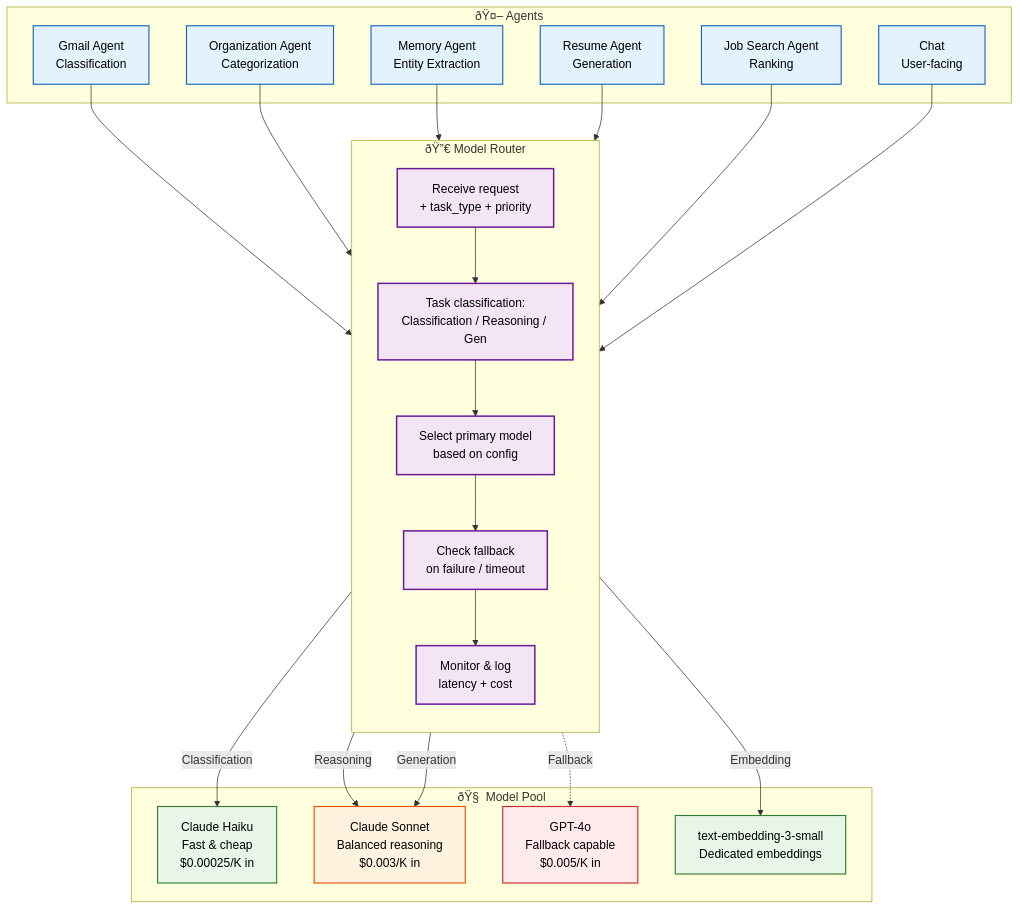
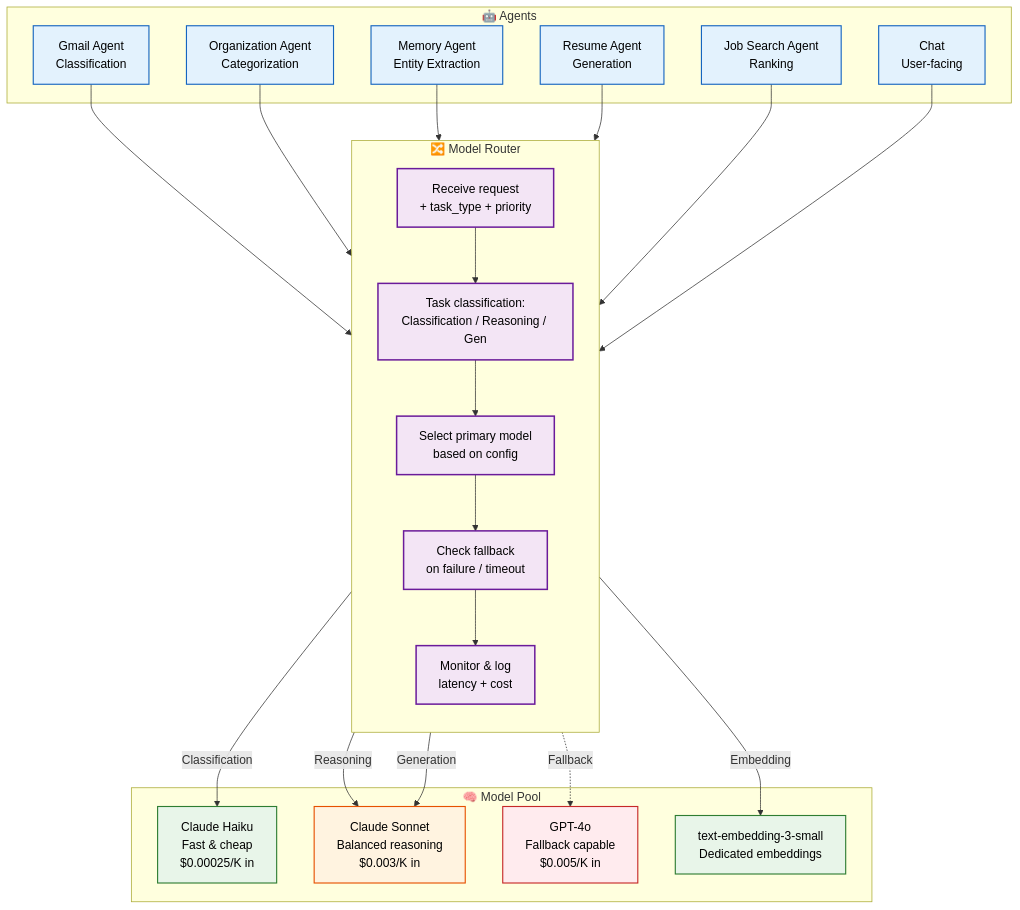
The first of 2 diagrams in Docs/AI/LLM-Architecture.md (Driftloom/Vaeloom), drawn with Mermaid before and after one commit. The commit also changed other lines of this file and 18 other files, not shown here.

Commit message:
docs(ai): add AI architecture overview and model routing

````diff
--- a/Docs/AI/LLM-Architecture.md
+++ b/Docs/AI/LLM-Architecture.md
@@ -21,50 +21,50 @@
 ```mermaid
 graph TD
     classDef agent fill:#e3f2fd,stroke:#1565c0,color:#000,stroke-width:1.5px
     classDef fast fill:#e8f5e9,stroke:#2e7d32,color:#000,stroke-width:1.5px
     classDef capable fill:#fff3e0,stroke:#e65100,color:#000,stroke-width:1.5px
     classDef fallback fill:#ffebee,stroke:#c62828,color:#000,stroke-width:1.5px
     classDef router fill:#f3e5f5,stroke:#6a1b9a,color:#000,stroke-width:2px
 
-    subgraph AgentsIn["ðŸ¤– Agents"]
+    subgraph AgentsIn["🤖 Agents"]
         GA["Gmail Agent<br/>Classification"]
         MA["Memory Agent<br/>Entity Extraction"]
         RA["Resume Agent<br/>Generation"]
         JSA["Job Search Agent<br/>Ranking"]
         CHAT["Chat<br/>User-facing"]
         ORG["Organization Agent<br/>Categorization"]
     end
 
-    subgraph Router["ðŸ”€ Model Router"]
+    subgraph Router["🔀 Model Router"]
         direction TB
         R1["Receive request<br/>+ task_type + priority"]
         R2["Task classification:<br/>Classification / Reasoning / Gen"]
         R3["Select primary model<br/>based on config"]
         R4["Check fallback<br/>on failure / timeout"]
         R5["Monitor & log<br/>latency + cost"]
     end
 
-    subgraph Models["ðŸ§  Model Pool"]
+    subgraph Models["🧠 Model Pool"]
         HAIKU["Claude Haiku<br/>Fast & cheap<br/>$0.00025/K in"]
         SONNET["Claude Sonnet<br/>Balanced reasoning<br/>$0.003/K in"]
         GPT4O["GPT-4o<br/>Fallback capable<br/>$0.005/K in"]
         EMBED["text-embedding-3-small<br/>Dedicated embeddings"]
     end
 
     GA & ORG --> R1
     MA & RA & JSA & CHAT --> R1
     R1 --> R2 --> R3 --> R4 --> R5
     R3 -->|Classification| HAIKU
     R3 -->|Reasoning| SONNET
     R3 -->|Generation| SONNET
     R3 -->|Embedding| EMBED
     R4 -.->|Fallback| GPT4O
 
     class GA,MA,RA,JSA,CHAT,ORG agent
     class HAIKU fast
     class SONNET capable
     class GPT4O fallback
     class EMBED fast
     class R1,R2,R3,R4,R5 router
 
 ```
````
